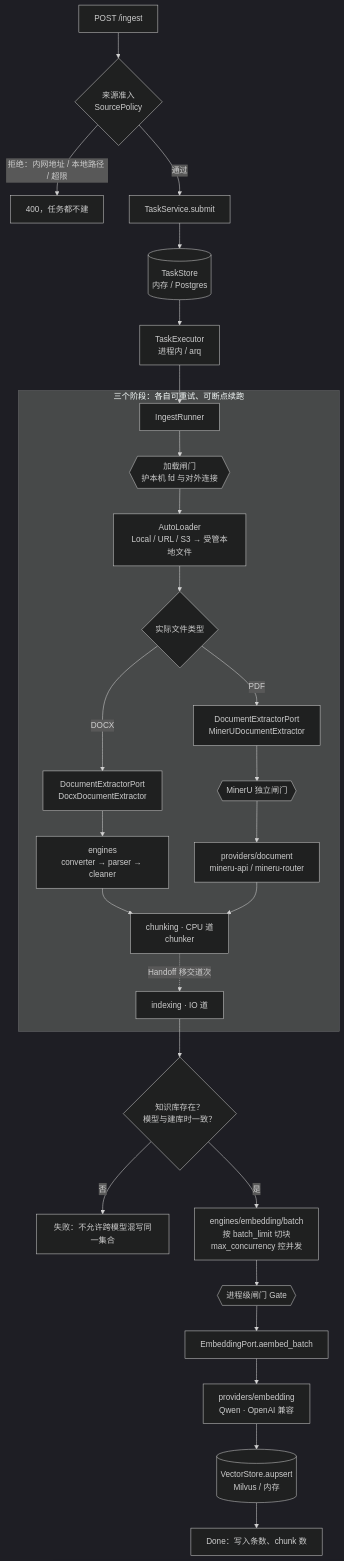
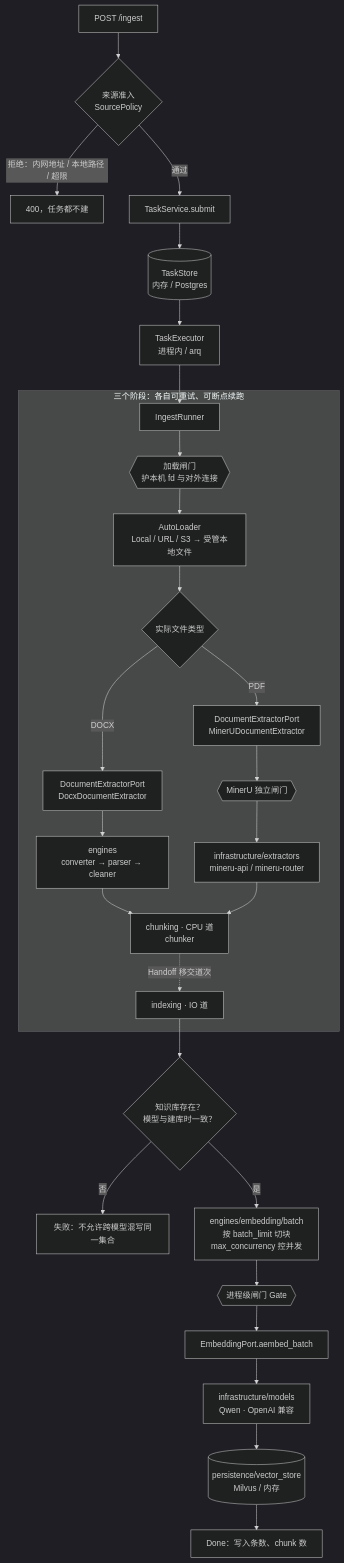
One commit to comet-7x/comet-rag changed the second of 3 diagrams in docs/structure.md. Above: the diagram before and after it, drawn with Mermaid (dark theme). The commit also changed other lines of this file and 66 other files, not shown here.

Commit message:
chore(architecture): enforce canonical module paths

````diff
--- a/docs/structure.md
+++ b/docs/structure.md
@@ -144,32 +121,32 @@
 ```mermaid
 flowchart TD
     A["POST /ingest"] --> P{"来源准入<br/>SourcePolicy"}
     P -->|"拒绝：内网地址 / 本地路径 / 超限"| PX["400，任务都不建"]
     P -->|通过| B["TaskService.submit"]
     B --> C[("TaskStore<br/>内存 / Postgres")]
     C --> D["TaskExecutor<br/>进程内 / arq"]
     D --> E["IngestRunner"]
 
     subgraph ST["三个阶段：各自可重试、可断点续跑"]
         E --> LG{{"加载闸门<br/>护本机 fd 与对外连接"}}
         LG --> F["AutoLoader<br/>Local / URL / S3 → 受管本地文件"]
         F --> T{"实际文件类型"}
         T -->|DOCX| DX["DocumentExtractorPort<br/>DocxDocumentExtractor"]
         T -->|PDF| DP["DocumentExtractorPort<br/>MinerUDocumentExtractor"]
         DX --> DOCX["engines<br/>converter → parser → cleaner"]
         DP --> MG{{"MinerU 独立闸门"}}
-        MG --> MU["providers/document<br/>mineru-api / mineru-router"]
+        MG --> MU["infrastructure/extractors<br/>mineru-api / mineru-router"]
         DOCX --> G["chunking · CPU 道<br/>chunker"]
         MU --> G
         G -.->|"Handoff 移交道次"| H["indexing · IO 道"]
     end
 
     H --> KB{"知识库存在？<br/>模型与建库时一致？"}
     KB -->|否| KBX["失败：不允许跨模型混写同一集合"]
     KB -->|是| I["engines/embedding/batch<br/>按 batch_limit 切块<br/>max_concurrency 控并发"]
     I --> GATE{{"进程级闸门 Gate"}}
     GATE --> J["EmbeddingPort.aembed_batch"]
-    J --> K["providers/embedding<br/>Qwen · OpenAI 兼容"]
-    K --> L[("VectorStore.aupsert<br/>Milvus / 内存")]
+    J --> K["infrastructure/models<br/>Qwen · OpenAI 兼容"]
+    K --> L[("persistence/vector_store<br/>Milvus / 内存")]
     L --> M["Done：写入条数、chunk 数"]
 ```
````
